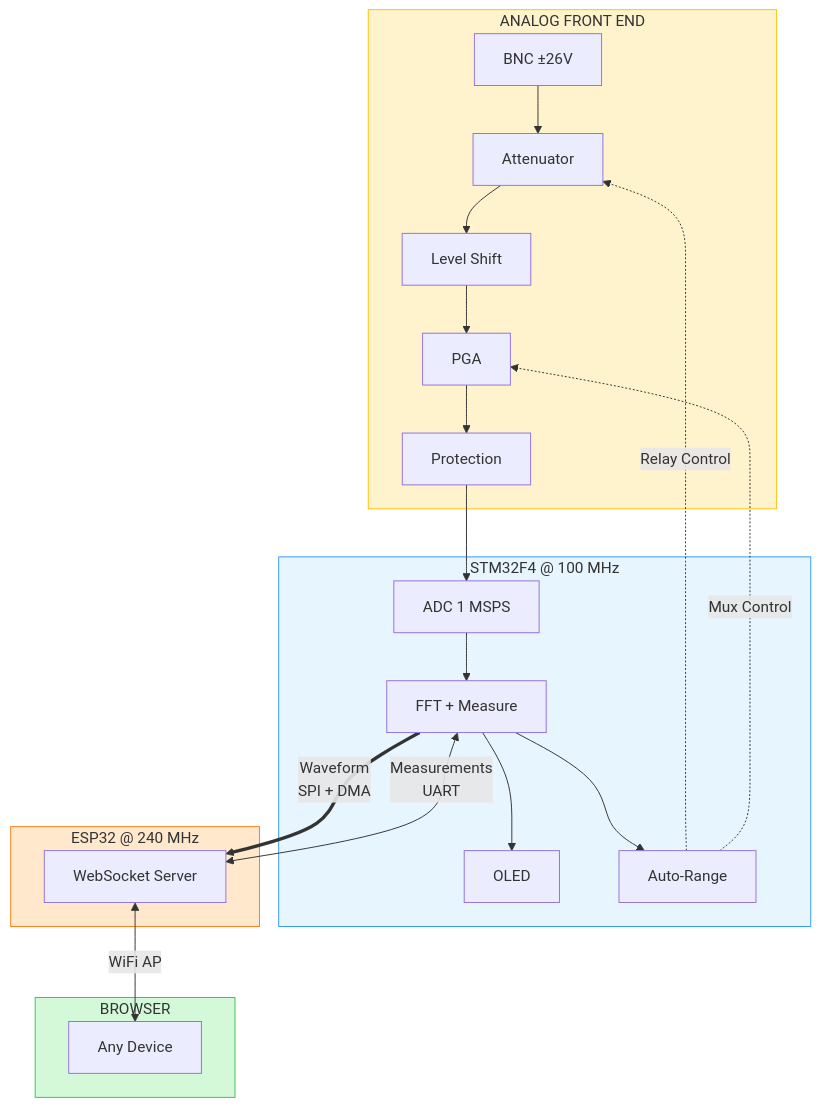
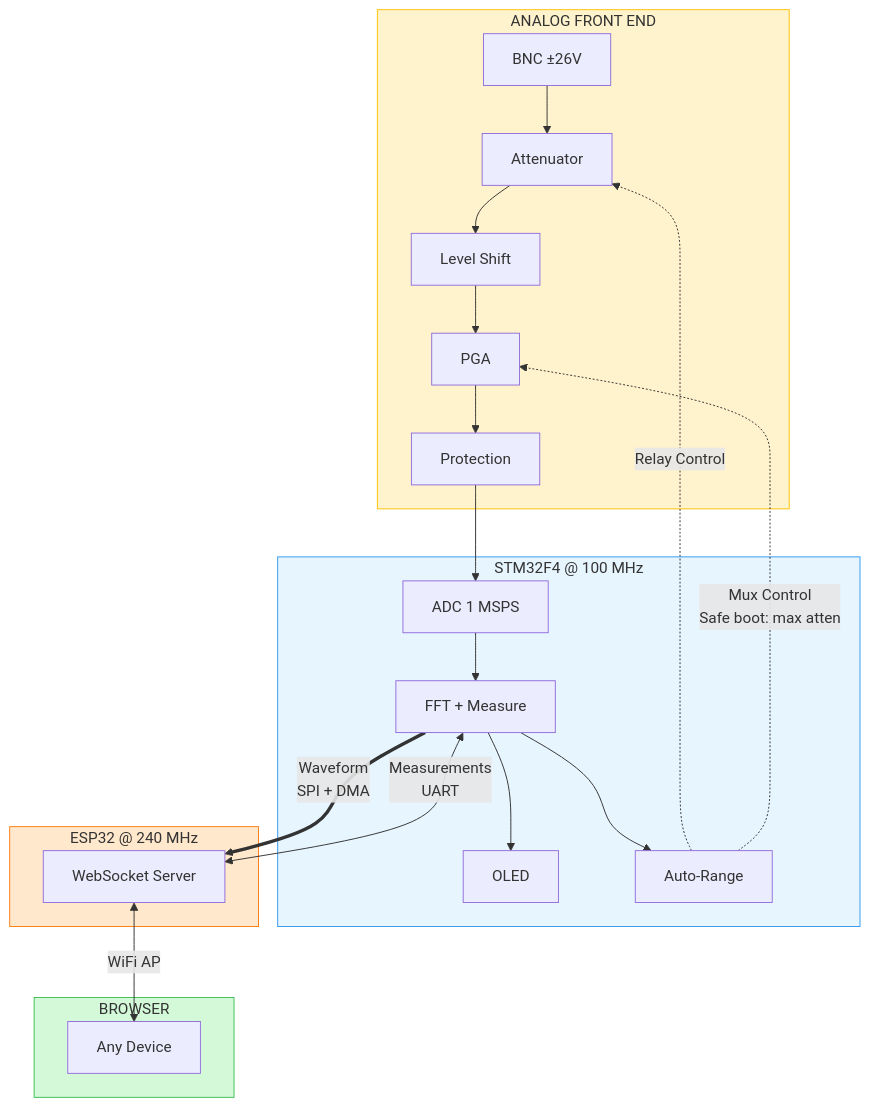
The third of 3 diagrams in README.md (mohammadrezasafaeian/smart-wireless-oscilloscope), drawn with Mermaid before and after one commit. The commit also changed other lines of this file, not shown here.

````diff
--- a/README.md
+++ b/README.md
@@ -92,35 +79,35 @@
 ```mermaid
 flowchart TB
     subgraph ANALOG["ANALOG FRONT END"]
         PROBE["BNC ±26V"] --> ATTEN["Attenuator"]
         ATTEN --> SHIFT["Level Shift"]
         SHIFT --> PGA["PGA"]
         PGA --> PROT["Protection"]
     end
 
     subgraph STM32["STM32F4 @ 100 MHz"]
         ADC["ADC 1 MSPS"] --> DSP["FFT + Measure"]
         DSP --> OLED["OLED"]
         DSP --> RANGE["Auto-Range"]
     end
 
     subgraph ESP32["ESP32 @ 240 MHz"]
         WS["WebSocket Server"]
     end
 
     subgraph CLIENT["BROWSER"]
         UI["Any Device"]
     end
 
     PROT --> ADC
     RANGE -.->|"Relay Control"| ATTEN
-    RANGE -.->|"Mux Control"| PGA
+    RANGE -.->|"Mux Control<br>Safe boot: max atten"| PGA
     DSP ==>|"Waveform<br>SPI + DMA"| WS
     DSP <-->|"Measurements<br>UART"| WS
     WS <-->|"WiFi AP"| UI
 
     style ANALOG fill:#fff3cd,stroke:#ffc107
     style STM32 fill:#e7f5ff,stroke:#339af0
     style ESP32 fill:#ffe8cc,stroke:#fd7e14
     style CLIENT fill:#d3f9d8,stroke:#40c057
 ```
````
